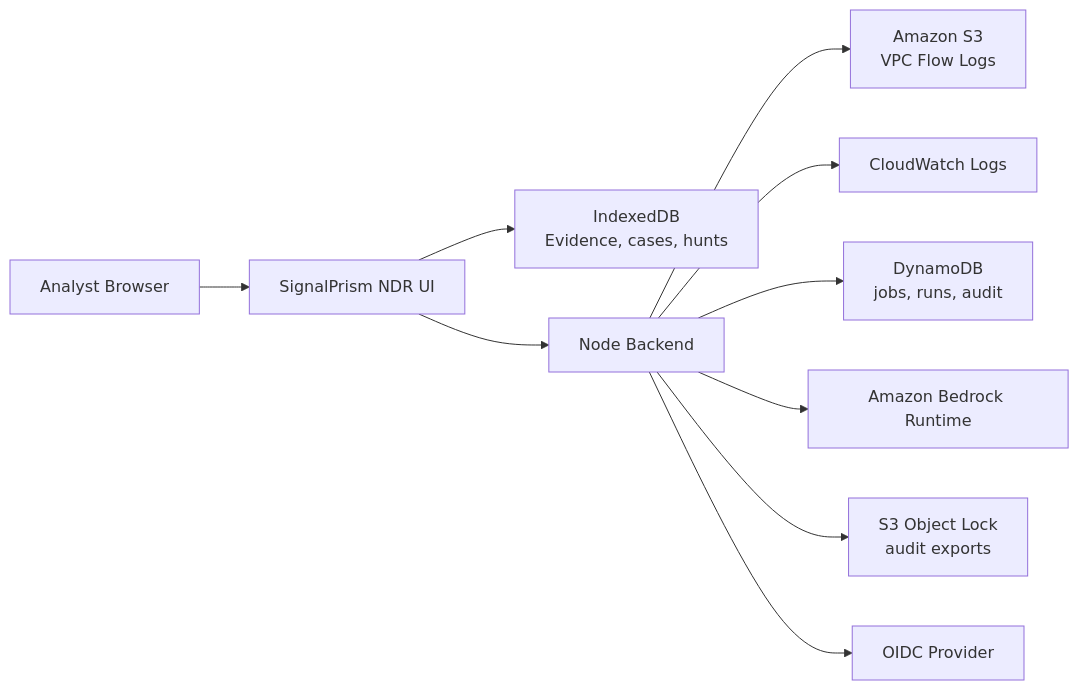
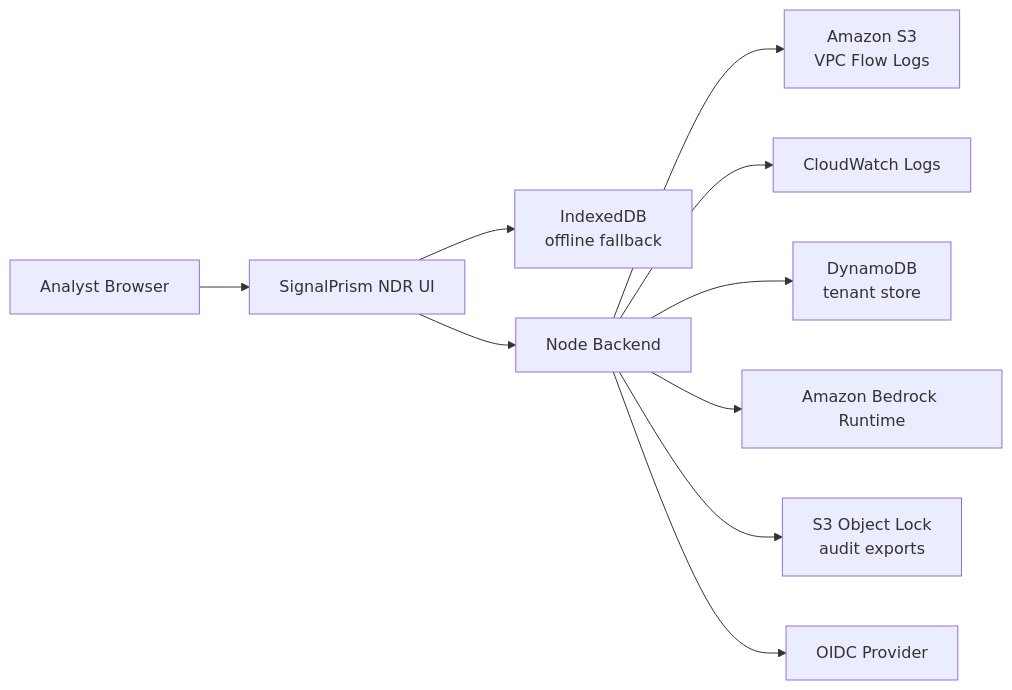
Before and after one commit to jaysonguglietta/SignalPrismNDR: the first of 2 diagrams in docs/ARCHITECTURE.md, drawn with Mermaid. The commit also changed other lines of this file and 24 other files, not shown here.

````diff
--- a/docs/ARCHITECTURE.md
+++ b/docs/ARCHITECTURE.md
@@ -7,12 +7,12 @@
 ```mermaid
 flowchart LR
   Analyst["Analyst Browser"] --> UI["SignalPrism NDR UI"]
-  UI --> IDB["IndexedDB<br>Evidence, cases, hunts"]
+  UI --> IDB["IndexedDB<br>offline fallback"]
   UI --> API["Node Backend"]
   API --> S3["Amazon S3<br>VPC Flow Logs"]
   API --> CW["CloudWatch Logs"]
-  API --> DDB["DynamoDB<br>jobs, runs, audit"]
+  API --> DDB["DynamoDB<br>tenant store"]
   API --> BR["Amazon Bedrock Runtime"]
   API --> Audit["S3 Object Lock<br>audit exports"]
   API --> OIDC["OIDC Provider"]
 ```
````
